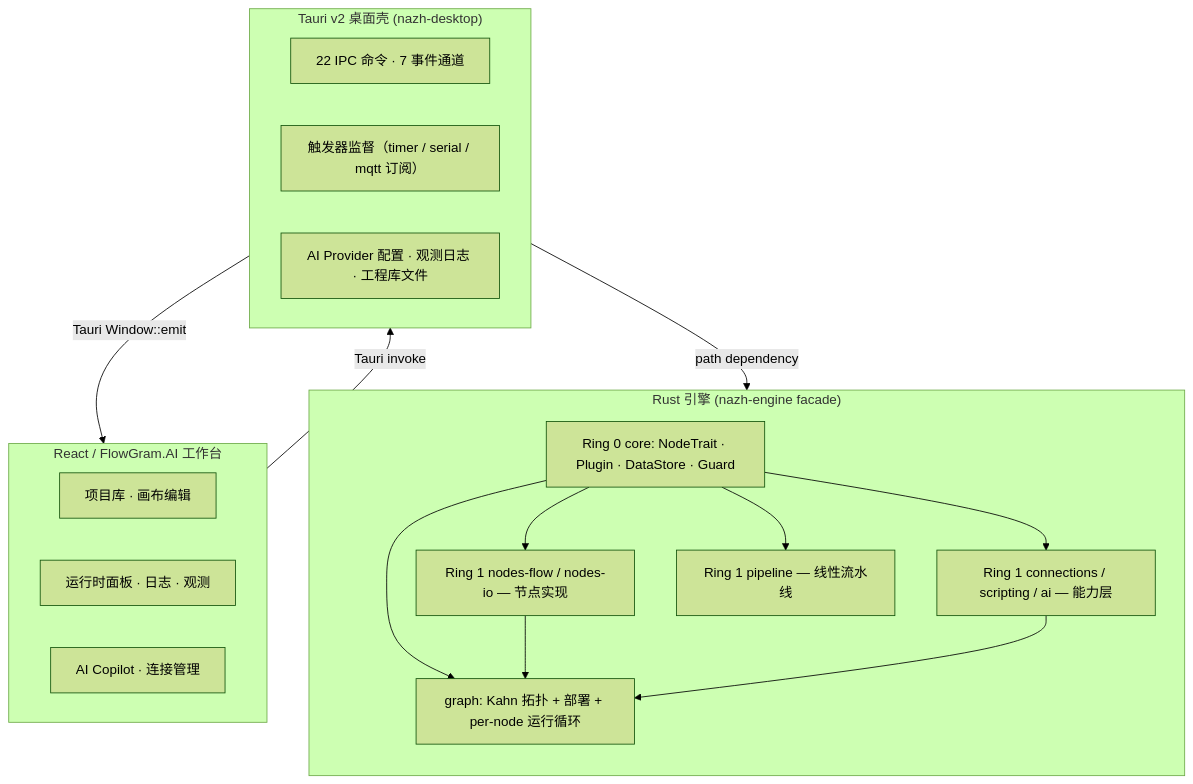
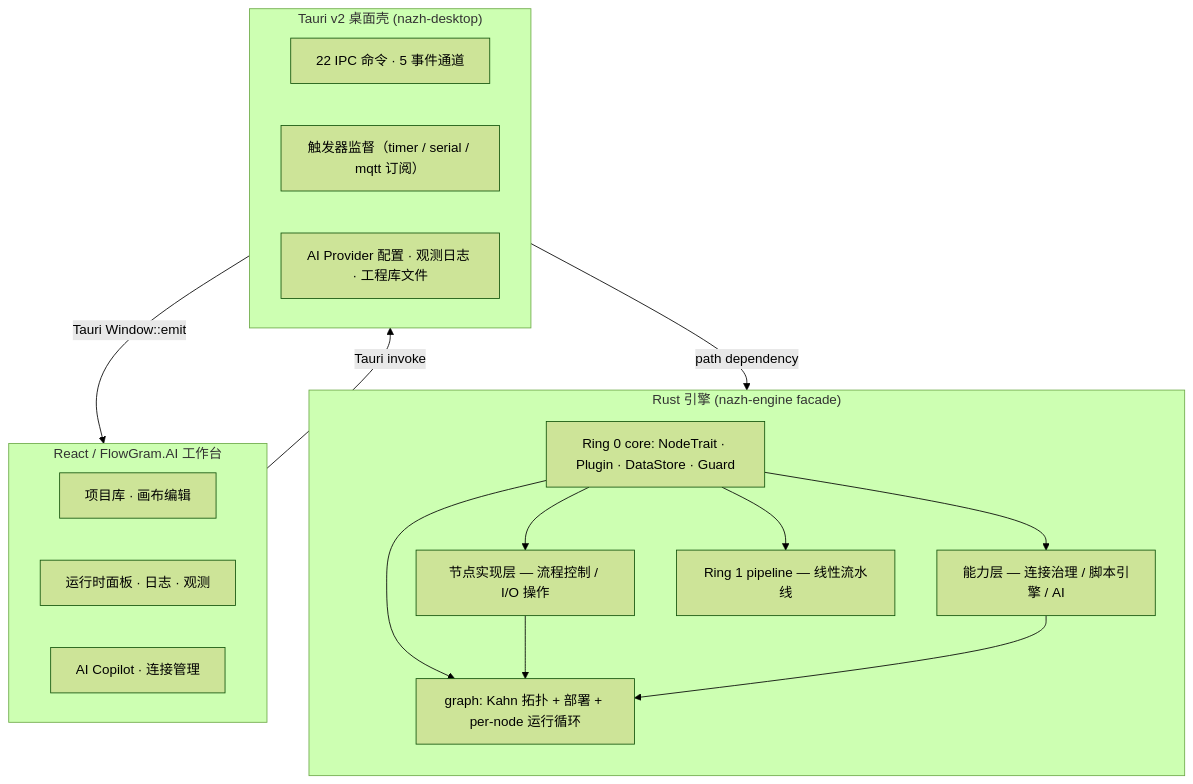
The diagram in README.md (ssXue/Nazh), drawn with Mermaid (forest theme) before and after one commit. The commit also changed other lines of this file and 1 other file, not shown here.

````diff
--- a/README.md
+++ b/README.md
@@ -72,33 +73,33 @@
 ```mermaid
 flowchart TB
     subgraph Frontend["React / FlowGram.AI 工作台"]
         F1["项目库 · 画布编辑"]
         F2["运行时面板 · 日志 · 观测"]
         F3["AI Copilot · 连接管理"]
     end
 
     subgraph Shell["Tauri v2 桌面壳 (nazh-desktop)"]
-        S1["22 IPC 命令 · 7 事件通道"]
+        S1["22 IPC 命令 · 5 事件通道"]
         S2["触发器监督（timer / serial / mqtt 订阅）"]
         S3["AI Provider 配置 · 观测日志 · 工程库文件"]
     end
 
     subgraph Engine["Rust 引擎 (nazh-engine facade)"]
         direction TB
         C0["Ring 0 core: NodeTrait · Plugin · DataStore · Guard"]
-        C1a["Ring 1 nodes-flow / nodes-io — 节点实现"]
-        C1b["Ring 1 connections / scripting / ai — 能力层"]
+        C1a["节点实现层 — 流程控制 / I/O 操作"]
+        C1b["能力层 — 连接治理 / 脚本引擎 / AI"]
         C1c["Ring 1 pipeline — 线性流水线"]
         G["graph: Kahn 拓扑 + 部署 + per-node 运行循环"]
         C0 --> C1a
         C0 --> C1b
         C0 --> C1c
         C0 --> G
         C1a --> G
         C1b --> G
     end
 
     Frontend -- "Tauri invoke" --> Shell
     Shell -- "Tauri Window::emit" --> Frontend
     Shell -- "path dependency" --> Engine
 ```
````
